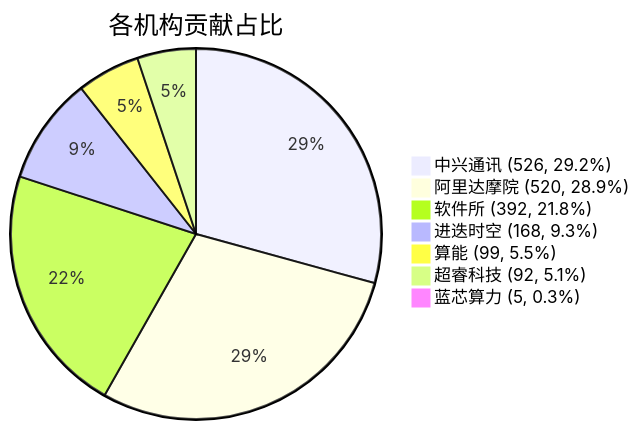
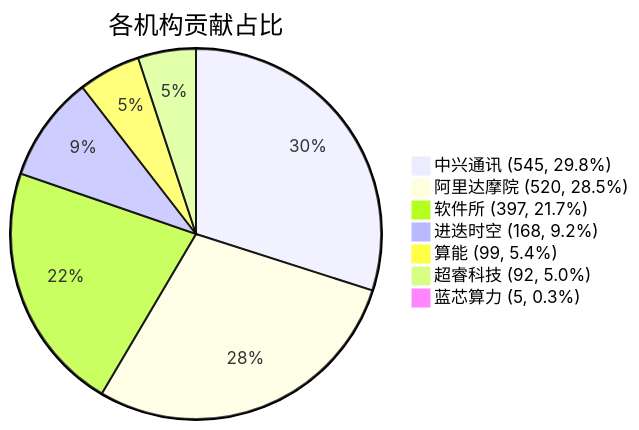
The diagram in docs/index.md (RVCK-Project/rvck), drawn with Mermaid before and after one commit. The commit also changed other lines of this file and 25 other files, not shown here.

````diff
--- a/docs/index.md
+++ b/docs/index.md
@@ -34,10 +34,10 @@
 ```mermaid
 pie title 各机构贡献占比
-    "中兴通讯 (526, 29.2%)" : 526
-    "阿里达摩院 (520, 28.9%)" : 520
-    "软件所 (392, 21.8%)" : 392
-    "进迭时空 (168, 9.3%)" : 168
-    "算能 (99, 5.5%)" : 99
-    "超睿科技 (92, 5.1%)" : 92
+    "中兴通讯 (545, 29.8%)" : 545
+    "阿里达摩院 (520, 28.5%)" : 520
+    "软件所 (397, 21.7%)" : 397
+    "进迭时空 (168, 9.2%)" : 168
+    "算能 (99, 5.4%)" : 99
+    "超睿科技 (92, 5.0%)" : 92
     "蓝芯算力 (5, 0.3%)" : 5
 ```
````
